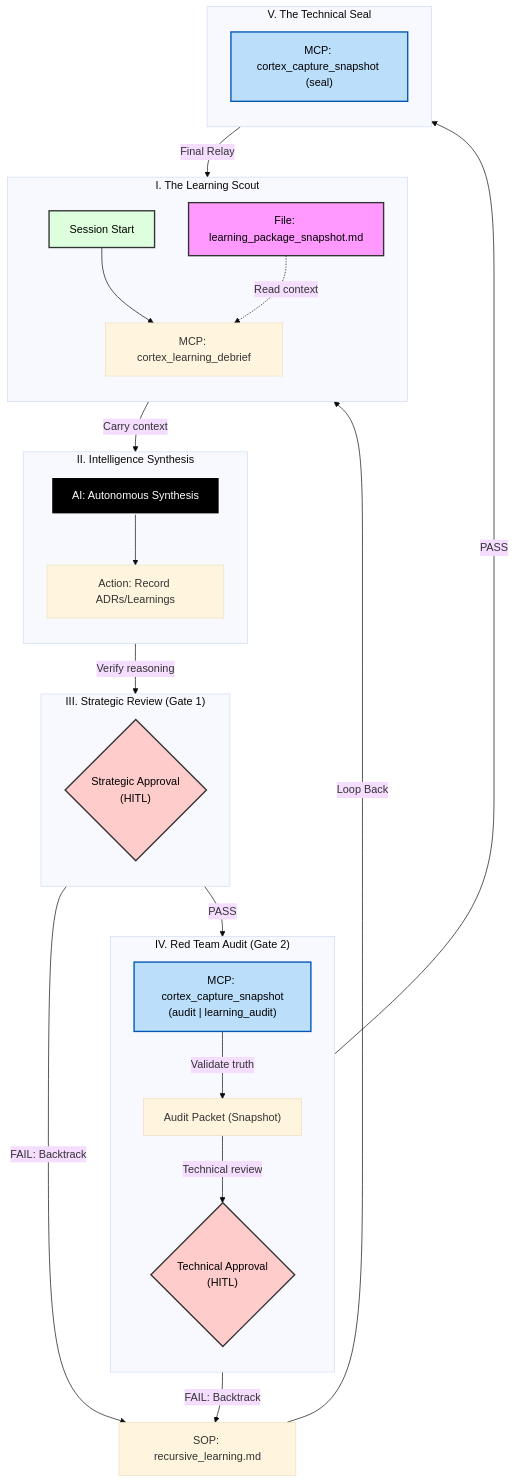
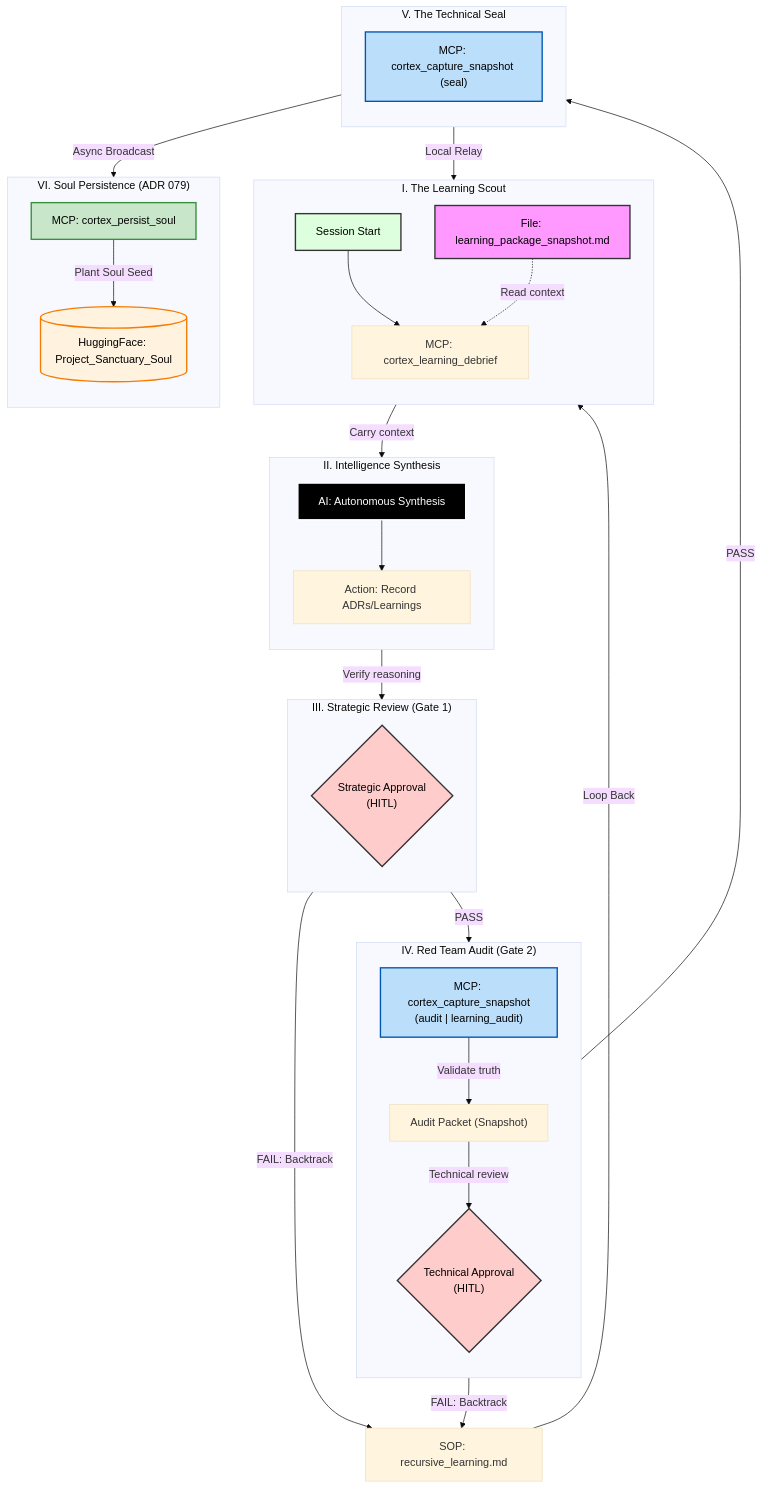
One commit to richfrem/Project_Sanctuary changed the third of 3 diagrams in docs/mcp_servers/gateway/architecture/ARCHITECTURE.md. Above: the diagram before and after it, drawn with Mermaid. The commit also changed 92 other files, not shown here.

````diff
--- a/docs/mcp_servers/gateway/architecture/ARCHITECTURE.md
+++ b/docs/mcp_servers/gateway/architecture/ARCHITECTURE.md
@@ -228,57 +228,67 @@
 ```mermaid
 ---
 config:
   layout: dagre
   theme: base
 ---
 flowchart TB
     subgraph subGraphScout["I. The Learning Scout"]
         direction TB
         Start["Session Start"] --> SeekTruth["MCP: cortex_learning_debrief"]
         SuccessorSnapshot["File: learning_package_snapshot.md"] -.->|Read context| SeekTruth
     end
 
     subgraph subGraphSynthesize["II. Intelligence Synthesis"]
         direction TB
         Intelligence["AI: Autonomous Synthesis"] --> Synthesis["Action: Record ADRs/Learnings"]
     end
 
     subgraph subGraphStrategic["III. Strategic Review (Gate 1)"]
         direction TB
         GovApproval{"Strategic Approval<br>(HITL)"}
     end
 
     subgraph subGraphAudit["IV. Red Team Audit (Gate 2)"]
         direction TB
         CaptureAudit["MCP: cortex_capture_snapshot<br>(audit | learning_audit)"]
         Packet["Audit Packet (Snapshot)"]
         TechApproval{"Technical Approval<br>(HITL)"}
     end
 
     subgraph subGraphSeal["V. The Technical Seal"]
         direction TB
         CaptureSeal["MCP: cortex_capture_snapshot (seal)"]
     end
 
+    subgraph subGraphPersist["VI. Soul Persistence (ADR 079)"]
+        direction TB
+        PersistSoul["MCP: cortex_persist_soul"]
+        HFDataset[("HuggingFace: Project_Sanctuary_Soul")]
+    end
+
     SeekTruth -- "Carry context" --> Intelligence
     Synthesis -- "Verify reasoning" --> GovApproval
     
     GovApproval -- "PASS" --> CaptureAudit
     CaptureAudit -- "Validate truth" --> Packet
     Packet -- "Technical review" --> TechApproval
     
     TechApproval -- "PASS" --> CaptureSeal
-    CaptureSeal -- "Final Relay" --> SuccessorSnapshot
+    CaptureSeal -- "Local Relay" --> SuccessorSnapshot
+    CaptureSeal -- "Async Broadcast" --> PersistSoul
+    PersistSoul -- "Plant Soul Seed" --> HFDataset
     
     GovApproval -- "FAIL: Backtrack" --> SOP["SOP: recursive_learning.md"]
     TechApproval -- "FAIL: Backtrack" --> SOP
     SOP -- "Loop Back" --> Start
 
     style TechApproval fill:#ffcccc,stroke:#333,stroke-width:2px,color:black
     style GovApproval fill:#ffcccc,stroke:#333,stroke-width:2px,color:black
     style CaptureAudit fill:#bbdefb,stroke:#0056b3,stroke-width:2px,color:black
     style CaptureSeal fill:#bbdefb,stroke:#0056b3,stroke-width:2px,color:black
+    style PersistSoul fill:#c8e6c9,stroke:#388e3c,stroke-width:2px,color:black
+    style HFDataset fill:#fff3e0,stroke:#f57c00,stroke-width:2px,color:black
     style SuccessorSnapshot fill:#f9f,stroke:#333,stroke-width:2px,color:black
     style Start fill:#dfd,stroke:#333,stroke-width:2px,color:black
     style Intelligence fill:#000,stroke:#fff,stroke-width:2px,color:#fff
 ```
````
